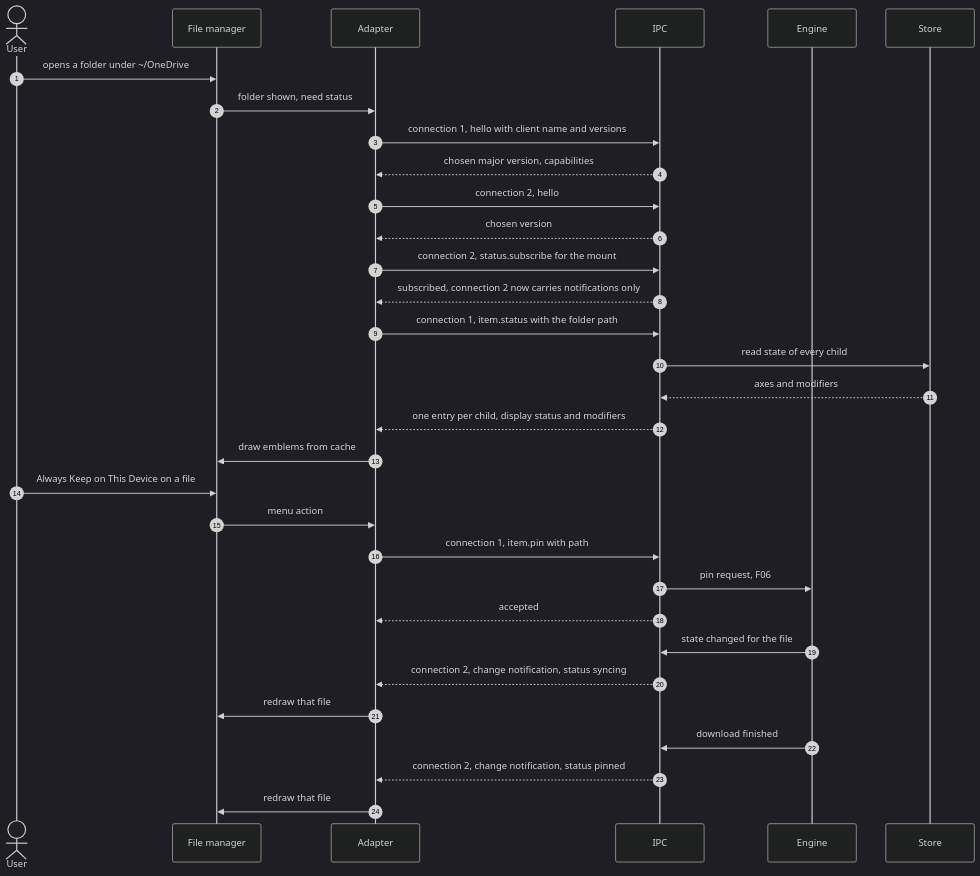
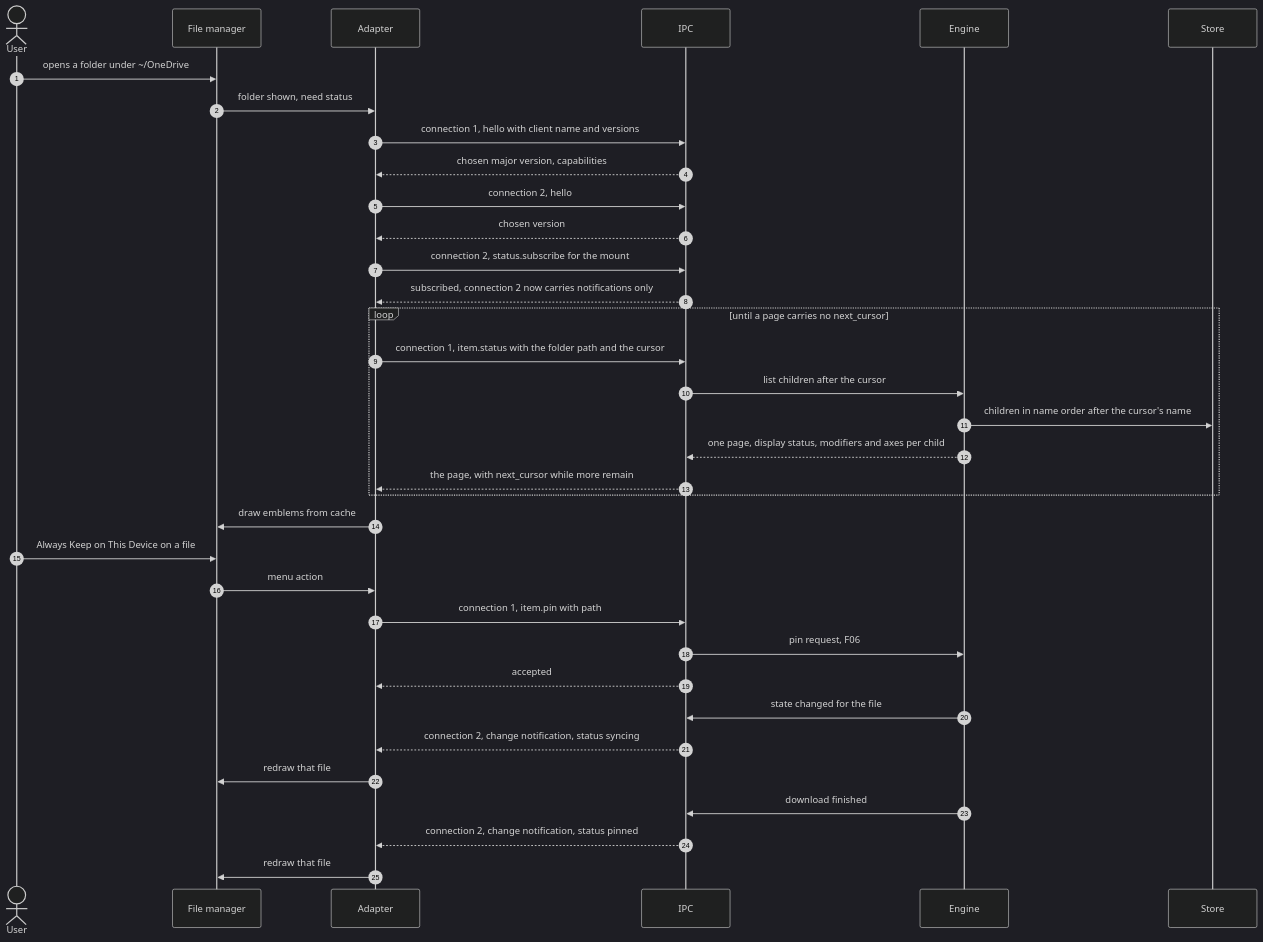
One commit to paulpitchford/my-drive changed the first of 2 diagrams in docs/flows/F11-status-for-file-managers.md. Above: the diagram before and after it, drawn with Mermaid (dark theme). The commit also changed other lines of this file and 19 other files, not shown here.

First line of the commit message:
docs(flows): amend flows and journeys for the M1 decisions

````diff
--- a/docs/flows/F11-status-for-file-managers.md
+++ b/docs/flows/F11-status-for-file-managers.md
@@ -18,35 +18,38 @@
 ```mermaid
 sequenceDiagram
     autonumber
     actor User
     participant Host as File manager
     participant Adapter
     participant IPC
     participant Engine
     participant Store
 
     User->>Host: opens a folder under ~/OneDrive
     Host->>Adapter: folder shown, need status
     Adapter->>IPC: connection 1, hello with client name and versions
     IPC-->>Adapter: chosen major version, capabilities
     Adapter->>IPC: connection 2, hello
     IPC-->>Adapter: chosen version
     Adapter->>IPC: connection 2, status.subscribe for the mount
     IPC-->>Adapter: subscribed, connection 2 now carries notifications only
-    Adapter->>IPC: connection 1, item.status with the folder path
-    IPC->>Store: read state of every child
-    Store-->>IPC: axes and modifiers
-    IPC-->>Adapter: one entry per child, display status and modifiers
+    loop until a page carries no next_cursor
+        Adapter->>IPC: connection 1, item.status with the folder path and the cursor
+        IPC->>Engine: list children after the cursor
+        Engine->>Store: children in name order after the cursor's name
+        Engine-->>IPC: one page, display status, modifiers and axes per child
+        IPC-->>Adapter: the page, with next_cursor while more remain
+    end
     Adapter->>Host: draw emblems from cache
     User->>Host: Always Keep on This Device on a file
     Host->>Adapter: menu action
     Adapter->>IPC: connection 1, item.pin with path
     IPC->>Engine: pin request, F06
     IPC-->>Adapter: accepted
     Engine->>IPC: state changed for the file
     IPC-->>Adapter: connection 2, change notification, status syncing
     Adapter->>Host: redraw that file
     Engine->>IPC: download finished
     IPC-->>Adapter: connection 2, change notification, status pinned
     Adapter->>Host: redraw that file
 ```
````
